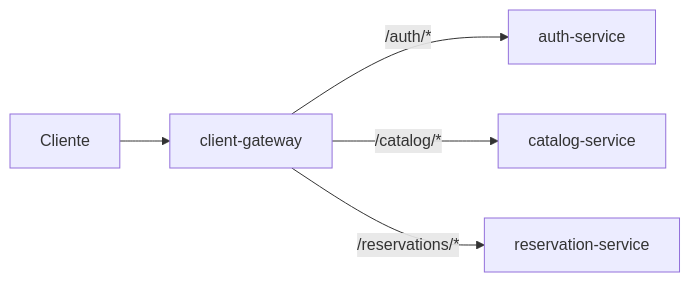
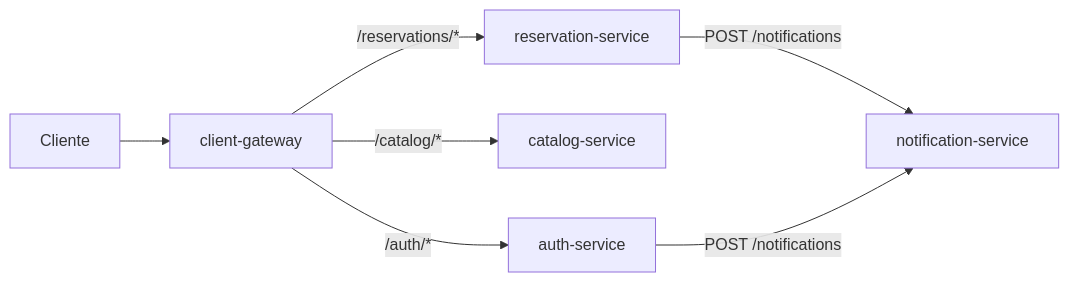
One commit to afvelezUniandes/proyecto-final changed the second of 6 diagrams in docs/arquitectura.md. Above: the diagram before and after it, drawn with Mermaid. The commit also changed other lines of this file and 21 other files, not shown here.

First line of the commit message:
feat: enhance architecture and testing documentation, add notification service tests

````diff
--- a/docs/arquitectura.md
+++ b/docs/arquitectura.md
@@ -61,7 +61,9 @@
 ```mermaid
 graph LR
     Client["Cliente"] --> GW["client-gateway"]
     GW --> |"/auth/*"| Auth["auth-service"]
     GW --> |"/catalog/*"| Catalog["catalog-service"]
     GW --> |"/reservations/*"| Reservation["reservation-service"]
+    Reservation -->|"POST /notifications"| Notification["notification-service"]
+    Auth -->|"POST /notifications"| Notification
 ```
````
